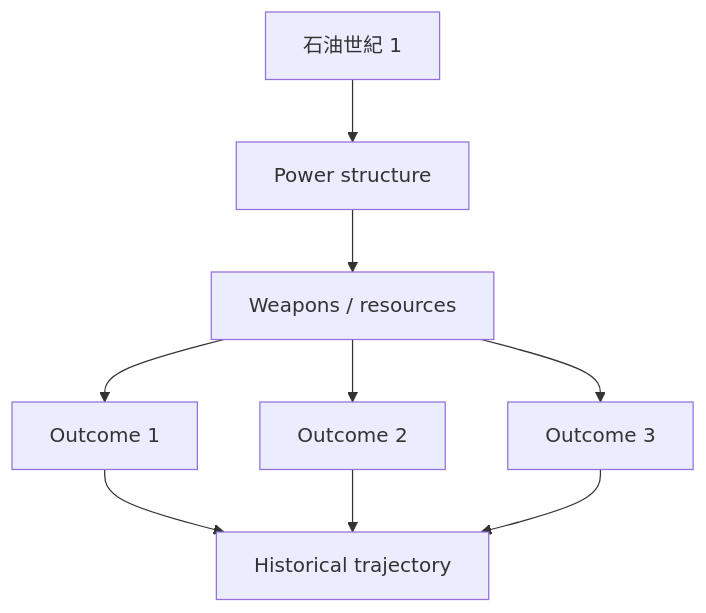
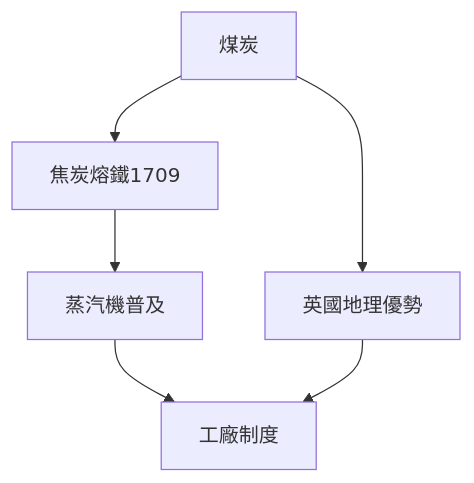
Before and after one commit to yip-lgtm/HKU-Harvard-History-Self-Study: the second of 10 diagrams in 02_Harvard_Courses/Fall_Courses/Hist76_History_of_Energy.md, drawn with Mermaid. The commit also changed other lines of this file and 15 other files, not shown here.

````diff
--- a/02_Harvard_Courses/Fall_Courses/Hist76_History_of_Energy.md
+++ b/02_Harvard_Courses/Fall_Courses/Hist76_History_of_Energy.md
@@ -150,11 +117,8 @@
 ```mermaid
 graph TD
-    A[石油世紀 1] --> B[Power structure]
-    B --> C[Weapons / resources]
-    C --> D[Outcome 1]
-    C --> E[Outcome 2]
-    C --> F[Outcome 3]
-    D --> G[Historical trajectory]
-    E --> G
-    F --> G
+    A[煤炭] --> B[焦炭熔鐵1709]
+    B --> C[蒸汽機普及]
+    C --> D[工廠制度]
+    A --> E[英國地理優勢]
+    E --> D
 ```
````
